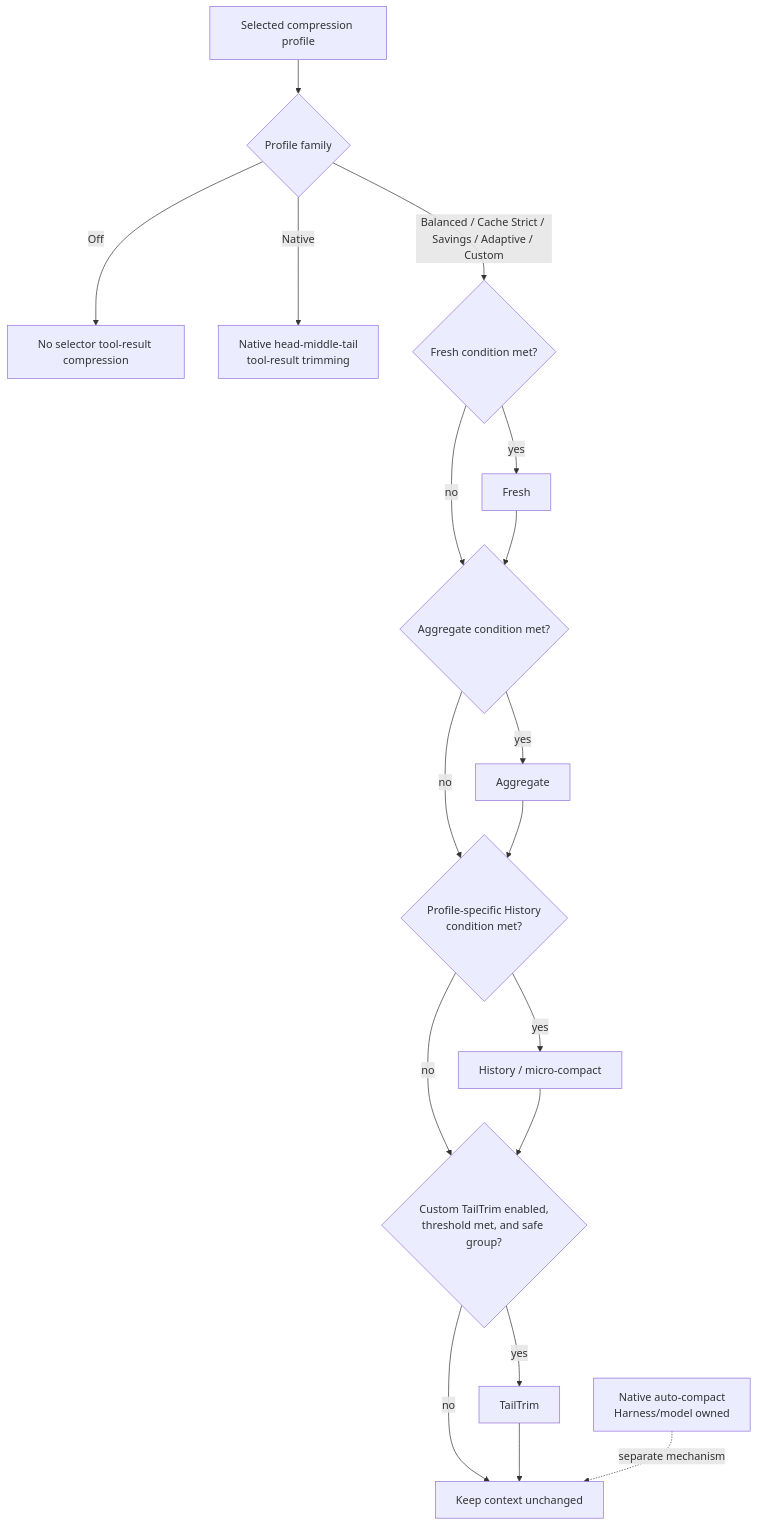
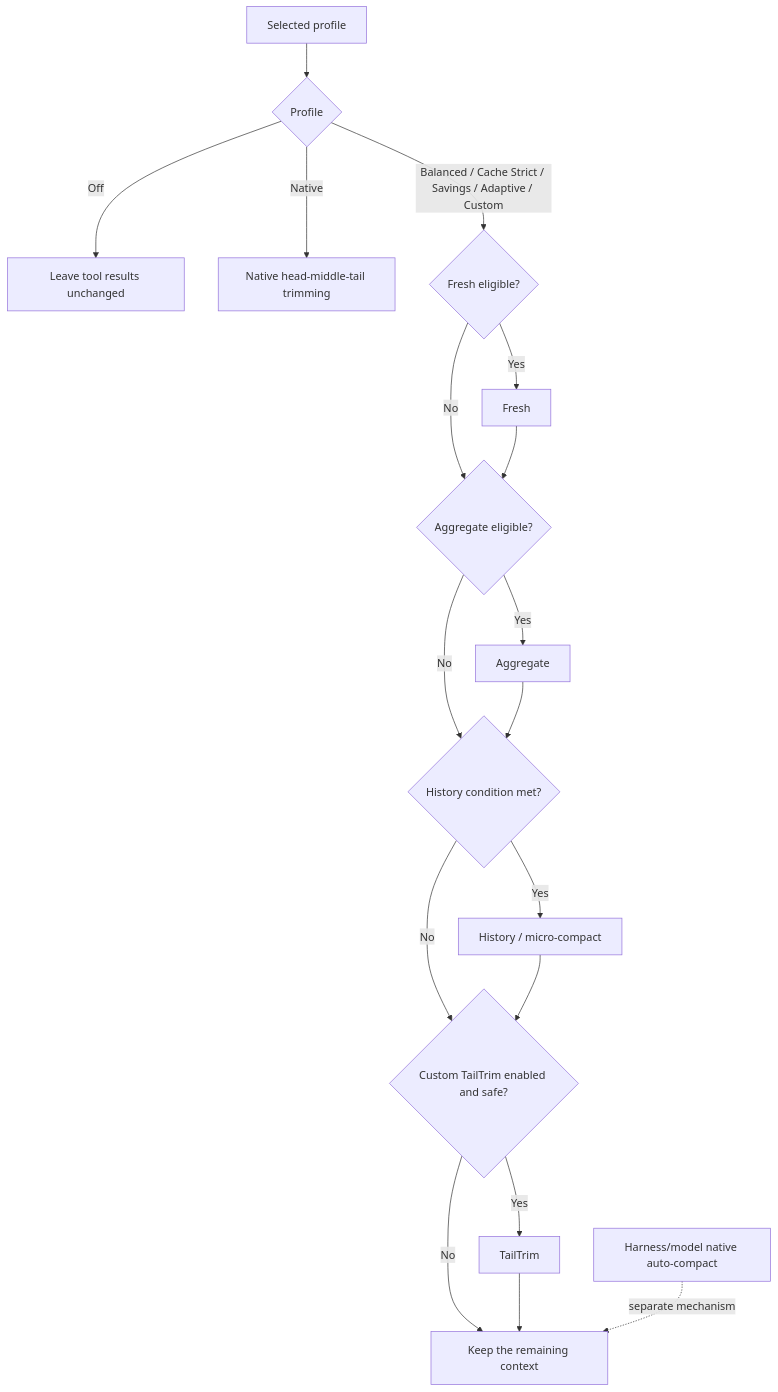
One commit to WilliamShi666/dsh-context-compression-selector changed the diagram in README.md. Above: the diagram before and after it, drawn with Mermaid. The commit also changed other lines of this file and 2 other files, not shown here.

Commit message:
docs: split selector documentation by language

````diff
--- a/README.md
+++ b/README.md
@@ -59,20 +50,20 @@
 ```mermaid
 flowchart TD
-    A[Selected compression profile] --> B{Profile family}
-    B -- Off --> C[No selector tool-result compression]
-    B -- Native --> D[Native head-middle-tail<br/>tool-result trimming]
-    B -- Balanced / Cache Strict / Savings / Adaptive / Custom --> E{Fresh condition met?}
-    E -- yes --> F[Fresh]
-    E -- no --> G{Aggregate condition met?}
+    A[Selected profile] --> B{Profile}
+    B -- Off --> C[Leave tool results unchanged]
+    B -- Native --> D[Native head-middle-tail trimming]
+    B -- Balanced / Cache Strict / Savings / Adaptive / Custom --> E{Fresh eligible?}
+    E -- Yes --> F[Fresh]
+    E -- No --> G{Aggregate eligible?}
     F --> G
-    G -- yes --> H[Aggregate]
-    G -- no --> I{Profile-specific History<br/>condition met?}
+    G -- Yes --> H[Aggregate]
+    G -- No --> I{History condition met?}
     H --> I
-    I -- yes --> J[History / micro-compact]
-    I -- no --> K{Custom TailTrim enabled,<br/>threshold met, and safe group?}
+    I -- Yes --> J[History / micro-compact]
+    I -- No --> K{Custom TailTrim enabled and safe?}
     J --> K
-    K -- yes --> L[TailTrim]
-    K -- no --> M[Keep context unchanged]
+    K -- Yes --> L[TailTrim]
+    K -- No --> M[Keep the remaining context]
     L --> M
-    N[Native auto-compact<br/>Harness/model owned] -. separate mechanism .-> M
+    N[Harness/model native auto-compact] -. separate mechanism .-> M
 ```
````
